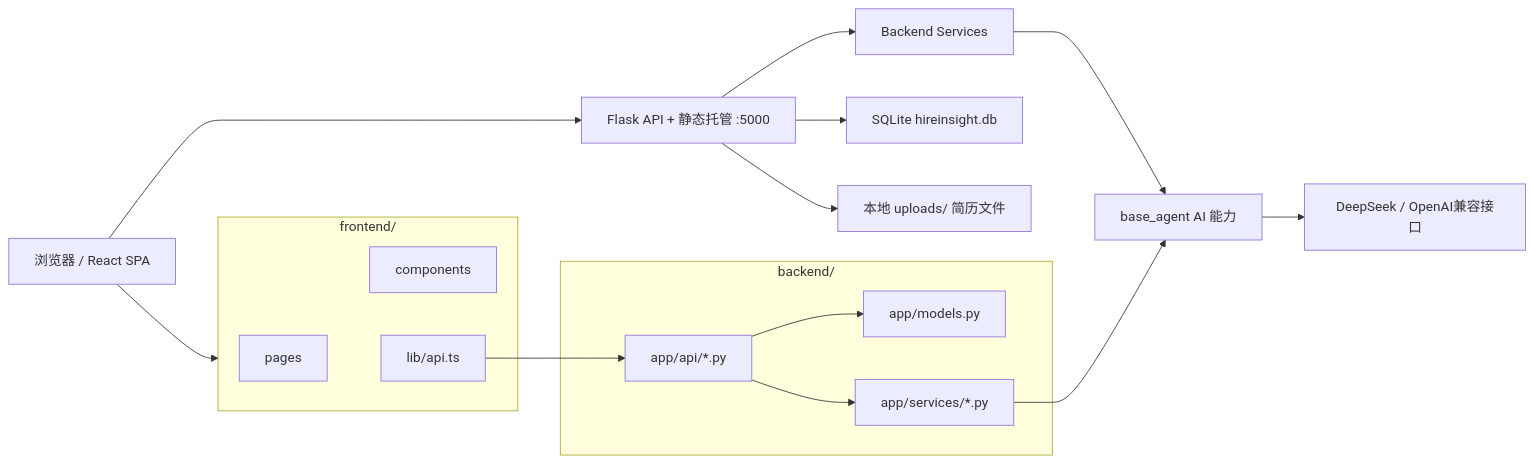
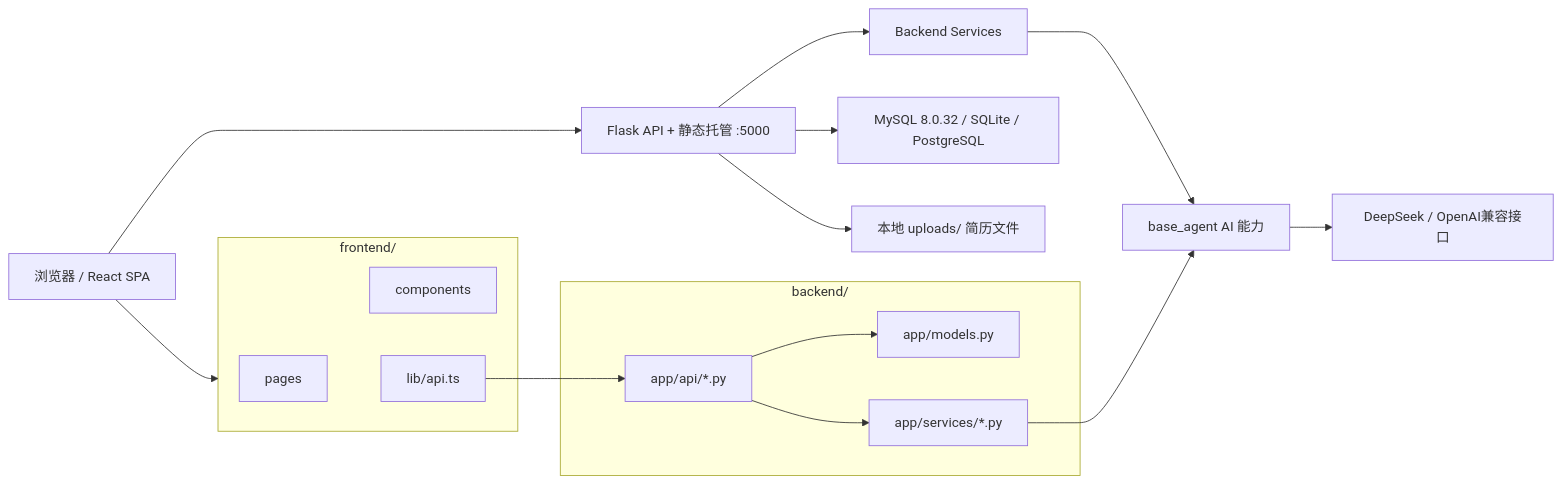
Before and after one commit to hl13544175837-coder/jia-ke-chong-review: the first of 3 diagrams in docs/SDD-智聘招聘系统-v1.0.md, drawn with Mermaid. The commit also changed other lines of this file and 10 other files, not shown here.

````diff
--- a/docs/SDD-智聘招聘系统-v1.0.md
+++ b/docs/SDD-智聘招聘系统-v1.0.md
@@ -78,28 +79,28 @@
 ```mermaid
 flowchart LR
   Browser["浏览器 / React SPA"] --> Flask["Flask API + 静态托管 :5000"]
-  Flask --> SQLite["SQLite hireinsight.db"]
+  Flask --> Database["MySQL 8.0.32 / SQLite / PostgreSQL"]
   Flask --> Uploads["本地 uploads/ 简历文件"]
   Flask --> Services["Backend Services"]
   Services --> BaseAgent["base_agent AI 能力"]
   BaseAgent --> DeepSeek["DeepSeek / OpenAI兼容接口"]
 
   subgraph Frontend["frontend/"]
     Pages["pages"]
     Components["components"]
     ApiClient["lib/api.ts"]
   end
 
   subgraph Backend["backend/"]
     APIs["app/api/*.py"]
     Models["app/models.py"]
     BizServices["app/services/*.py"]
   end
 
   Browser --> Frontend
   Frontend --> ApiClient
   ApiClient --> APIs
   APIs --> BizServices
   APIs --> Models
   BizServices --> BaseAgent
 ```
````
